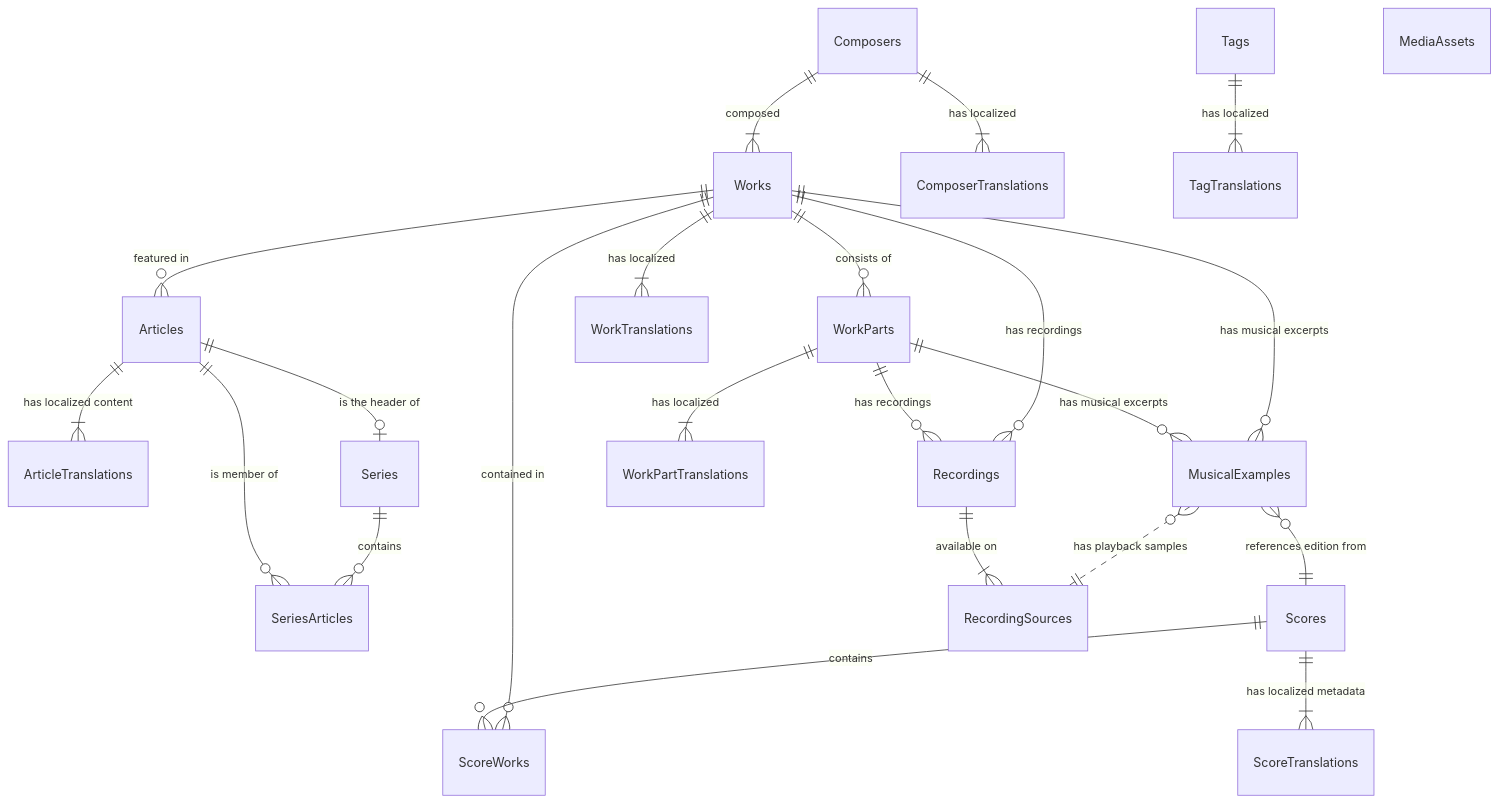
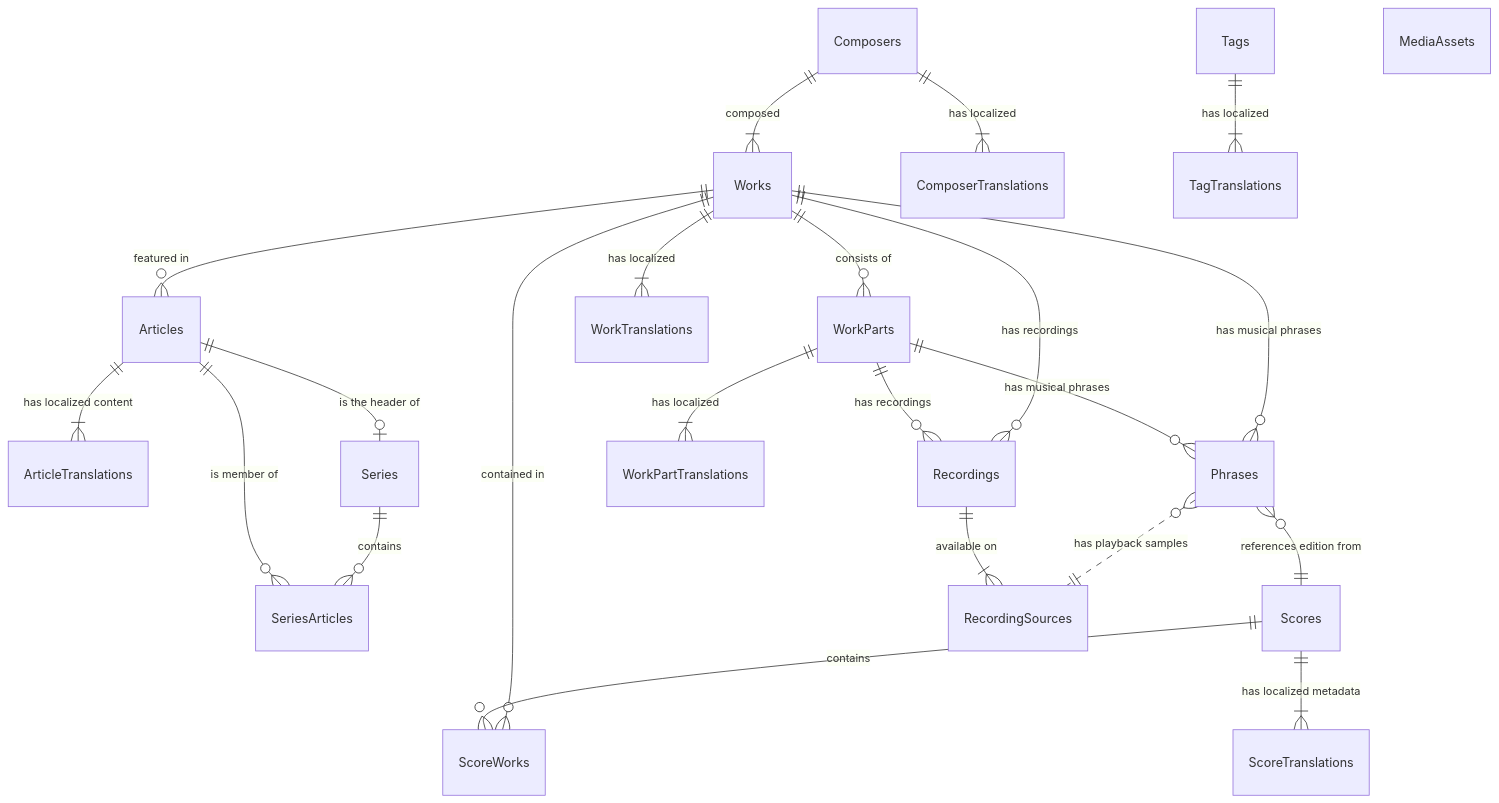
Before and after one commit to preludio-lab/preludio-lab: the first of 3 diagrams in docs/05_design/02_database/schema.md, drawn with Mermaid. The commit also changed other lines of this file and 29 other files, not shown here.

````diff
--- a/docs/05_design/02_database/schema.md
+++ b/docs/05_design/02_database/schema.md
@@ -54,30 +54,30 @@
 ```mermaid
 erDiagram
     %% Core Tables: Articles & Series
     Works ||--o{ Articles : "featured in"
     Articles ||--|{ ArticleTranslations : "has localized content"
     Articles ||--o| Series : "is the header of"
     Series ||--o{ SeriesArticles : "contains"
     Articles ||--o{ SeriesArticles : "is member of"
 
     %% Asset Tables: Scores & Recordings
     Works ||--o{ ScoreWorks : "contained in"
     Scores ||--o{ ScoreWorks : "contains"
     Scores ||--|{ ScoreTranslations : "has localized metadata"
-    Works ||--o{ MusicalExamples : "has musical excerpts"
-    MusicalExamples }o--|| Scores : "references edition from"
-    MusicalExamples }o..|| RecordingSources : "has playback samples"
+    Works ||--o{ Phrases : "has musical phrases"
+    Phrases }o--|| Scores : "references edition from"
+    Phrases }o..|| RecordingSources : "has playback samples"
     Works ||--o{ Recordings : "has recordings"
     Recordings ||--|{ RecordingSources : "available on"
 
     %% Master Tables: Composers & Works
     Composers ||--|{ ComposerTranslations : "has localized"
     Composers ||--|{ Works : "composed"
     Works ||--o{ WorkParts : "consists of"
     Works ||--|{ WorkTranslations : "has localized"
     WorkParts ||--|{ WorkPartTranslations : "has localized"
-    WorkParts ||--o{ MusicalExamples : "has musical excerpts"
+    WorkParts ||--o{ Phrases : "has musical phrases"
     WorkParts ||--o{ Recordings : "has recordings"
     Tags ||--|{ TagTranslations : "has localized"
     MediaAssets
 ```
````
